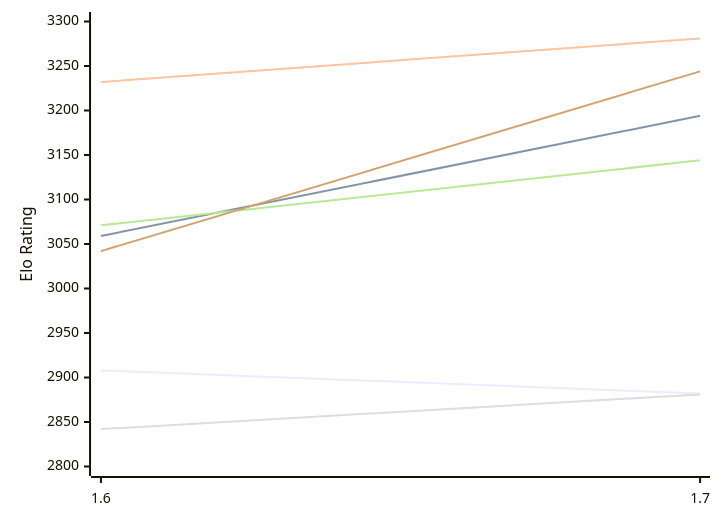
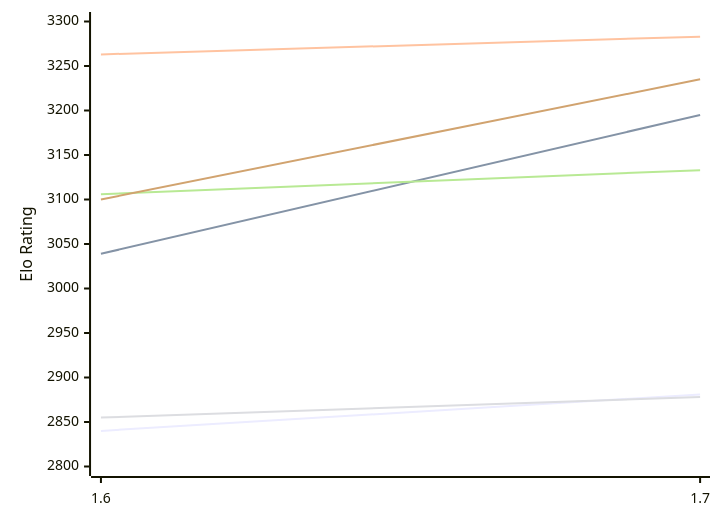
The first of 2 diagrams in engines/Bitbit.md (computer-chess-index/cci), drawn with Mermaid before and after one commit. The commit also changed other lines of this file, not shown here.

Commit message:
Update CCI Ratings (ELO VLTC) - 2026-11-15

````diff
--- a/engines/Bitbit.md
+++ b/engines/Bitbit.md
@@ -50,12 +50,12 @@
 ```mermaid
 %%{init: {"theme":"base","themeVariables":{"seriesColors:['#a3a3a3','#222221','#faa371']}}}%%
 xychart-beta
   x-axis ["1.6", "1.7"]
   y-axis "Elo Rating" 2800 --> 3300
-  line "E1: STC (8.0+0.08s)" [2908, 2882]
-  line "E1: LTC (60.0+0.60s)" [3059, 3194]
-  line "E1: VLTC (2m24s+1.12s)" [3232, 3281]
-  line "P1: STC (8.0+0.08s)" [2842, 2881]
-  line "P1: LTC (60.0+0.60s)" [3071, 3144]
-  line "P1: VLTC (2m24s+1.12s)" [3042, 3244]
+  line "E1: STC (8.0+0.08s)" [2840, 2881]
+  line "E1: LTC (60.0+0.60s)" [3039, 3195]
+  line "E1: VLTC (2m24s+1.12s)" [3263, 3283]
+  line "P1: STC (8.0+0.08s)" [2855, 2878]
+  line "P1: LTC (60.0+0.60s)" [3106, 3133]
+  line "P1: VLTC (2m24s+1.12s)" [3100, 3235]
 ```
````
